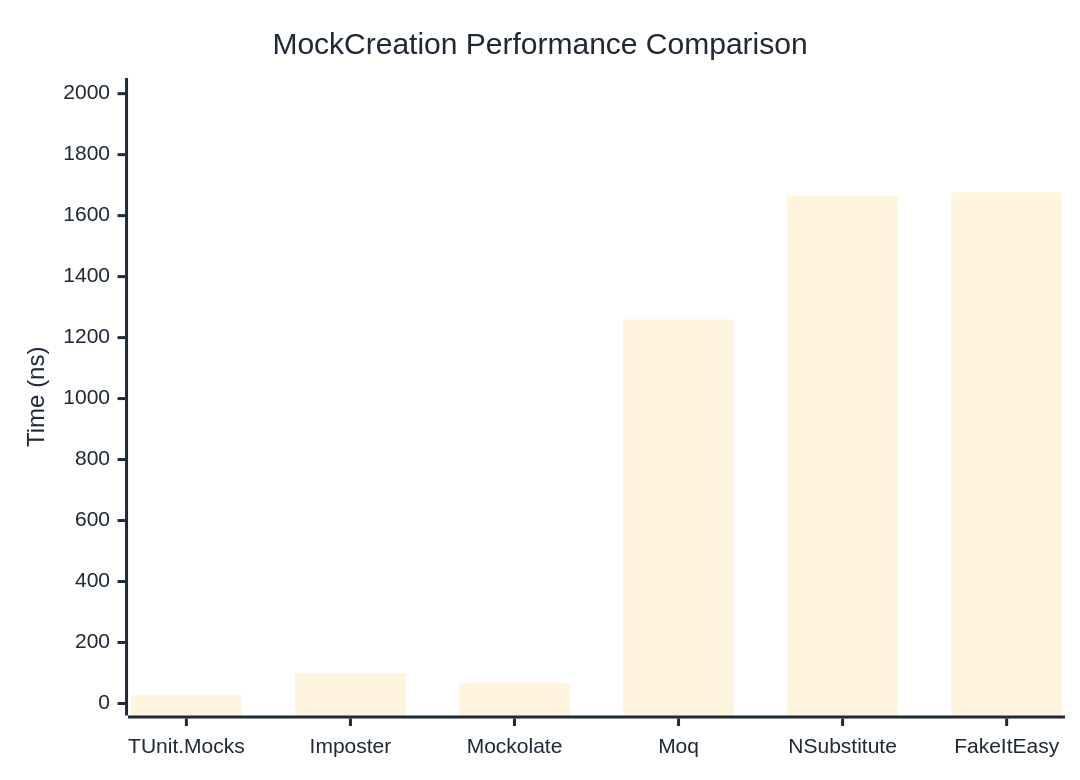
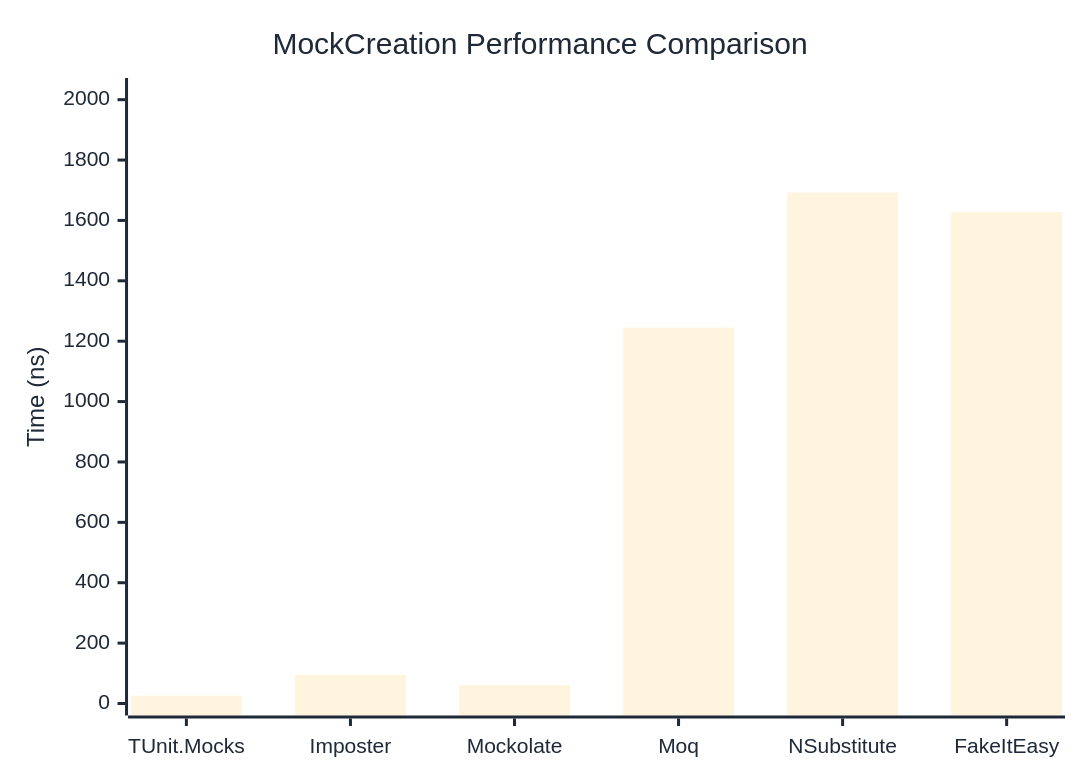
One commit to thomhurst/TUnit changed the first of 2 diagrams in docs/docs/benchmarks/mocks/MockCreation.md. Above: the diagram before and after it, drawn with Mermaid. The commit also changed other lines of this file and 14 other files, not shown here.

````diff
--- a/docs/docs/benchmarks/mocks/MockCreation.md
+++ b/docs/docs/benchmarks/mocks/MockCreation.md
@@ -28,27 +28,27 @@
 ```mermaid
 %%{init: {
   'theme':'base',
   'themeVariables': {
     'primaryColor': '#2563eb',
     'primaryTextColor': '#1f2937',
     'primaryBorderColor': '#1e40af',
     'lineColor': '#6b7280',
     'secondaryColor': '#7c3aed',
     'tertiaryColor': '#dc2626',
     'background': '#ffffff',
     'pie1': '#2563eb',
     'pie2': '#7c3aed',
     'pie3': '#dc2626',
     'pie4': '#f59e0b',
     'pie5': '#10b981',
     'pie6': '#06b6d4',
     'pie7': '#ec4899',
     'pie8': '#6366f1'
   }
 }}%%
 xychart-beta
   title "MockCreation Performance Comparison"
   x-axis ["TUnit.Mocks", "Imposter", "Mockolate", "Moq", "NSubstitute", "FakeItEasy"]
-  y-axis "Time (ns)" 0 --> 2012
-  bar [27.86, 99.6, 66.16, 1259.41, 1665.13, 1676.09]
+  y-axis "Time (ns)" 0 --> 2032
+  bar [26.1, 94.67, 61.07, 1245.11, 1692.56, 1628.34]
 ```
````
